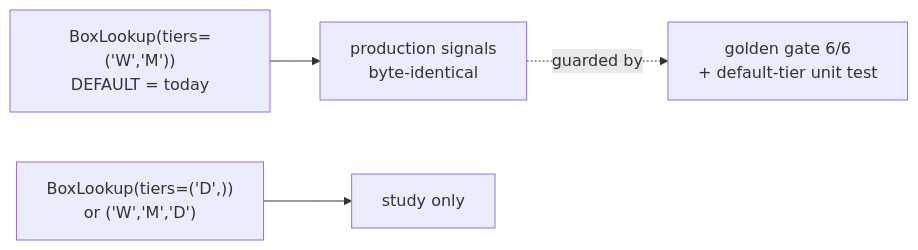
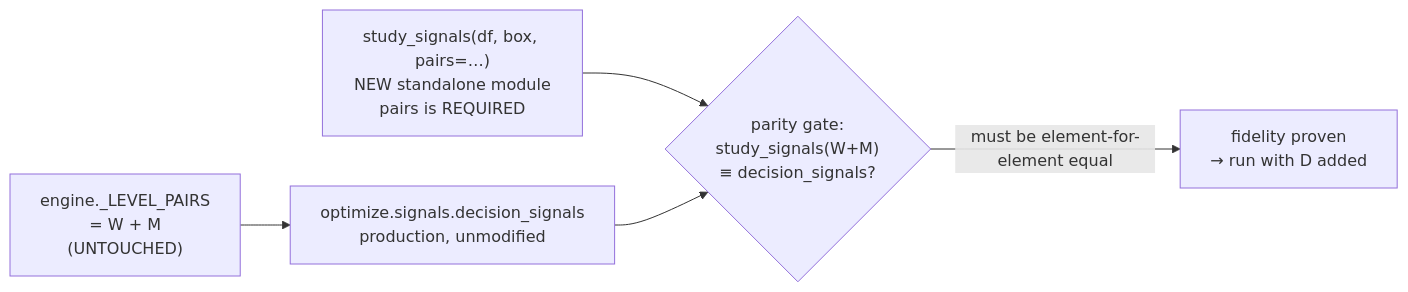
The first of 2 diagrams in subprojects/Parametric-Indicators/docs/superpowers/specs/2026-07-23-daily-boxes-characterization-design.md (mulhamfetna/trading-strategy-finder), drawn with Mermaid before and after one commit. The commit also changed other lines of this file, not shown here.

First line of the commit message:
spec(daily-boxes): correct the signal rule + drop all production edits

````diff
--- a/subprojects/Parametric-Indicators/docs/superpowers/specs/2026-07-23-daily-boxes-characterization-design.md
+++ b/subprojects/Parametric-Indicators/docs/superpowers/specs/2026-07-23-daily-boxes-characterization-design.md
@@ -112,6 +140,7 @@
 ```mermaid
 flowchart LR
-  P["BoxLookup(tiers=('W','M'))<br/>DEFAULT = today"] --> PROD["production signals<br/>byte-identical"]
-  A["BoxLookup(tiers=('D',))<br/>or ('W','M','D')"] --> STUDY["study only"]
-  PROD -.->|"guarded by"| G["golden gate 6/6<br/>+ default-tier unit test"]
+  PROD["engine._LEVEL_PAIRS<br/>= W + M<br/>(UNTOUCHED)"] --> DS["optimize.signals.decision_signals<br/>production, unmodified"]
+  S["study_signals(df, box, pairs=…)<br/>NEW standalone module<br/>pairs is REQUIRED"] --> P{"parity gate:<br/>study_signals(W+M)<br/>≡ decision_signals?"}
+  DS --> P
+  P -->|"must be element-for-element equal"| OK["fidelity proven<br/>→ run with D added"]
 ```
````
